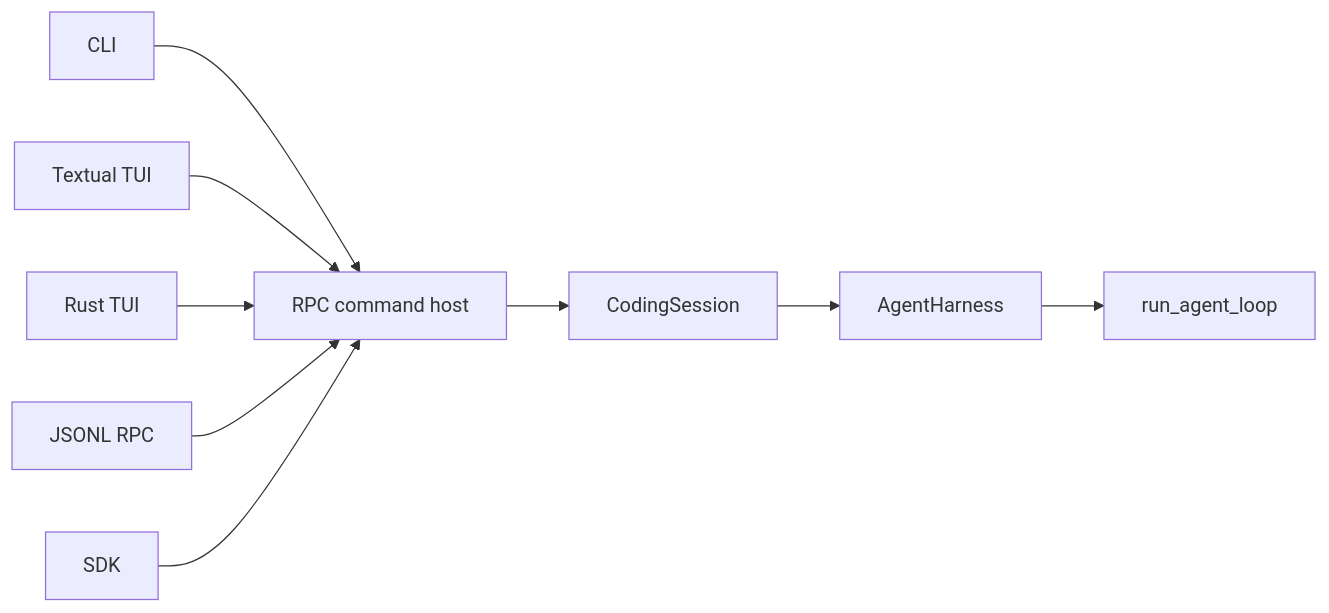
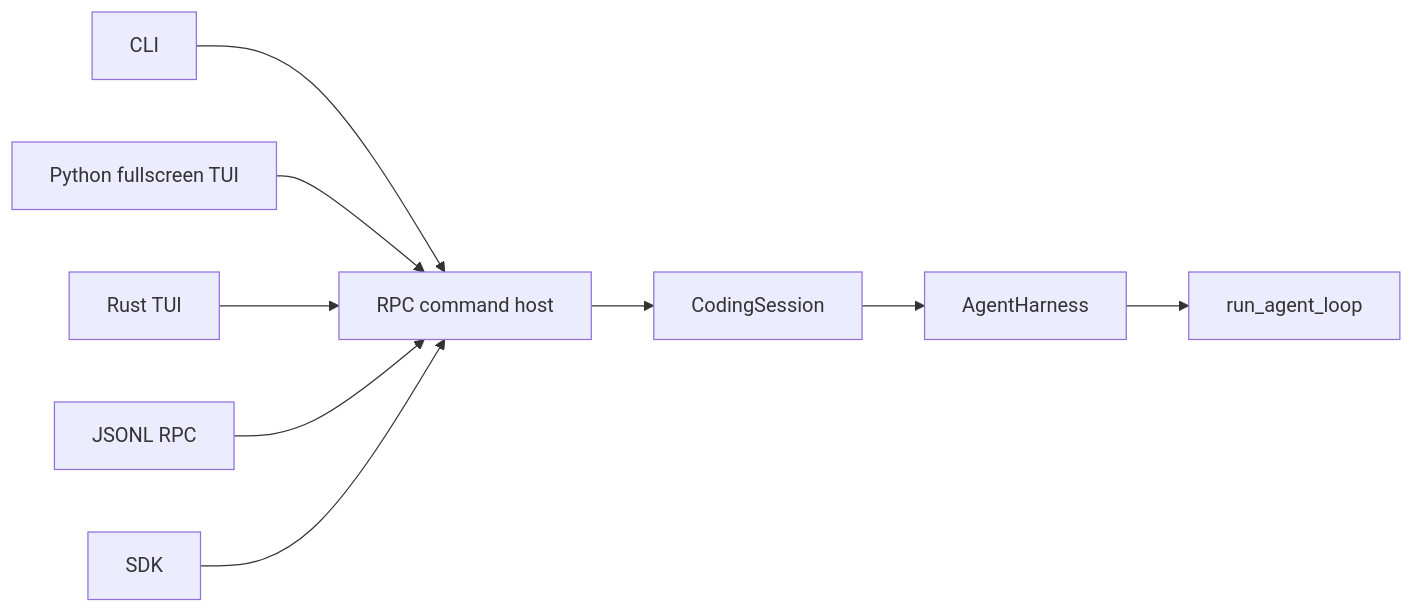
The diagram in site/architecture/index.md (whanyu1212/Wisp), drawn with Mermaid before and after one commit. The commit also changed other lines of this file and 133 other files, not shown here.

Commit message:
Retire Textual TUI and preserve Python fullscreen fallback

````diff
--- a/site/architecture/index.md
+++ b/site/architecture/index.md
@@ -11,11 +11,11 @@
 ```mermaid
 flowchart LR
   CLI[CLI] --> Host
-  Textual[Textual TUI] --> Host
+  Fullscreen[Python fullscreen TUI] --> Host
   Rust[Rust TUI] --> Host
   RPC[JSONL RPC] --> Host
   SDK[SDK] --> Host
   Host[RPC command host] --> Session[CodingSession]
   Session --> Harness[AgentHarness]
   Harness --> Loop[run_agent_loop]
 ```
````
